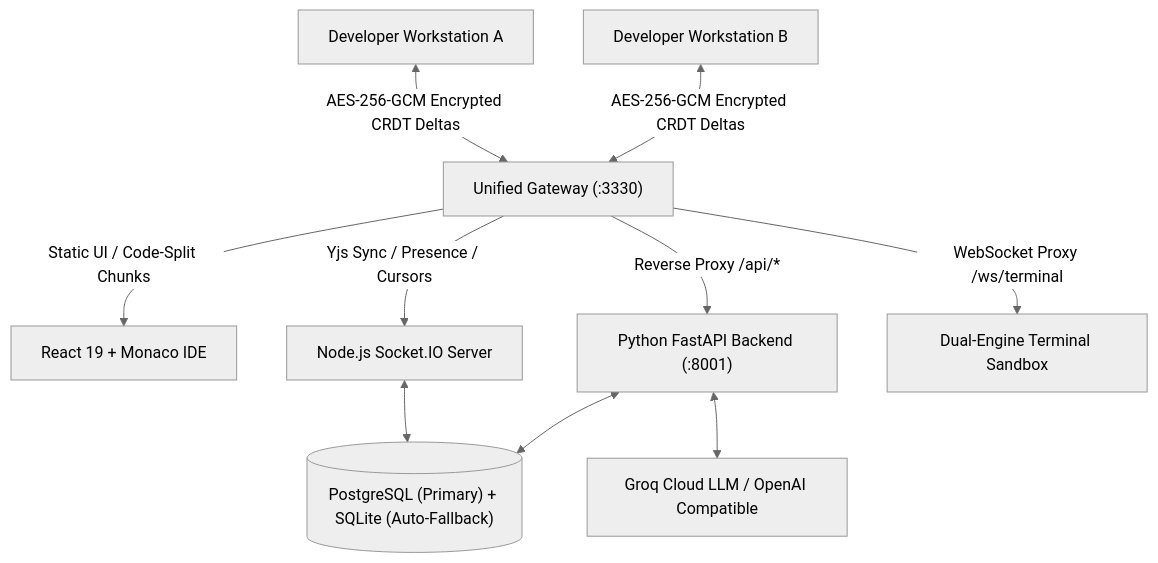
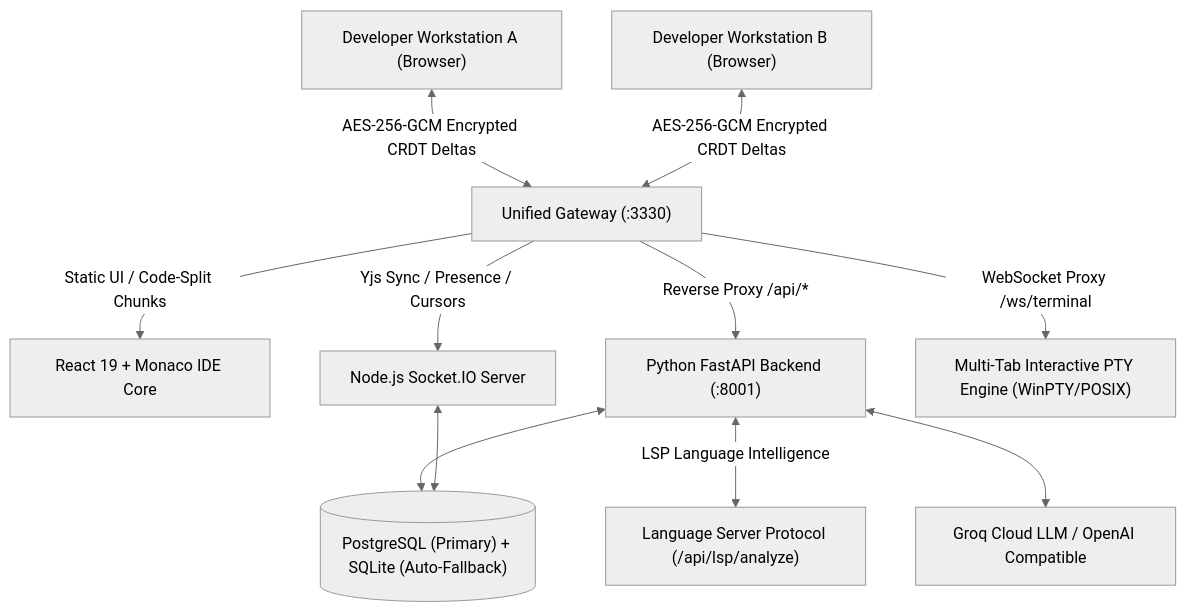
One commit to OmShrikhande/nulltor changed the diagram in PROJECT_ABSTRACT.md. Above: the diagram before and after it, drawn with Mermaid (neutral theme). The commit also changed other lines of this file and 115 other files, not shown here.

````diff
--- a/PROJECT_ABSTRACT.md
+++ b/PROJECT_ABSTRACT.md
@@ -12,12 +12,13 @@
 ```mermaid
 graph TD
-    ClientA["Developer Workstation A"] <-->|"AES-256-GCM Encrypted CRDT Deltas"| Gateway["Unified Gateway (:3330)"]
-    ClientB["Developer Workstation B"] <-->|"AES-256-GCM Encrypted CRDT Deltas"| Gateway
-    Gateway -->|"Static UI / Code-Split Chunks"| Frontend["React 19 + Monaco IDE"]
+    ClientA["Developer Workstation A (Browser)"] <-->|"AES-256-GCM Encrypted CRDT Deltas"| Gateway["Unified Gateway (:3330)"]
+    ClientB["Developer Workstation B (Browser)"] <-->|"AES-256-GCM Encrypted CRDT Deltas"| Gateway
+    Gateway -->|"Static UI / Code-Split Chunks"| Frontend["React 19 + Monaco IDE Core"]
     Gateway -->|"Yjs Sync / Presence / Cursors"| NodeSocketIO["Node.js Socket.IO Server"]
     Gateway -->|"Reverse Proxy /api/*"| FastAPI["Python FastAPI Backend (:8001)"]
-    Gateway -->|"WebSocket Proxy /ws/terminal"| TerminalEngine["Dual-Engine Terminal Sandbox"]
+    Gateway -->|"WebSocket Proxy /ws/terminal"| TerminalEngine["Multi-Tab Interactive PTY Engine (WinPTY/POSIX)"]
+    FastAPI <-->|"LSP Language Intelligence"| LSPSystem["Language Server Protocol (/api/lsp/analyze)"]
     FastAPI <--> Database[("PostgreSQL (Primary) + SQLite (Auto-Fallback)")]
     NodeSocketIO <--> Database
     FastAPI <--> GroqAPI["Groq Cloud LLM / OpenAI Compatible"]
 ```
````
